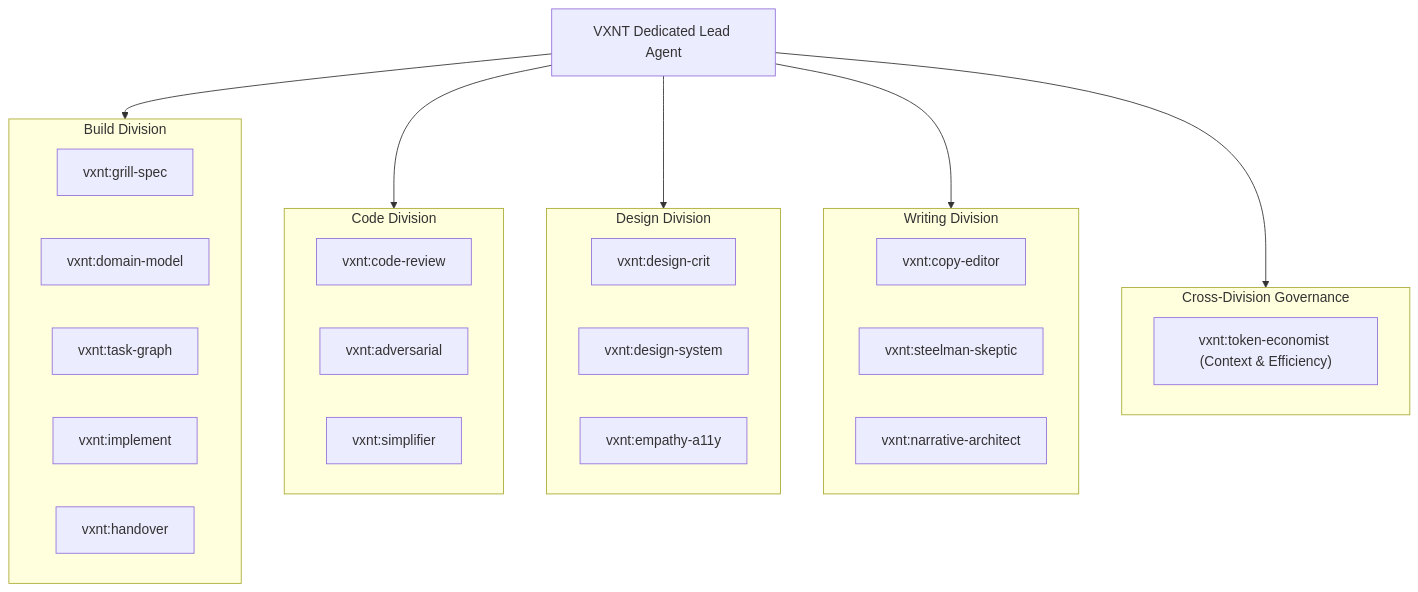
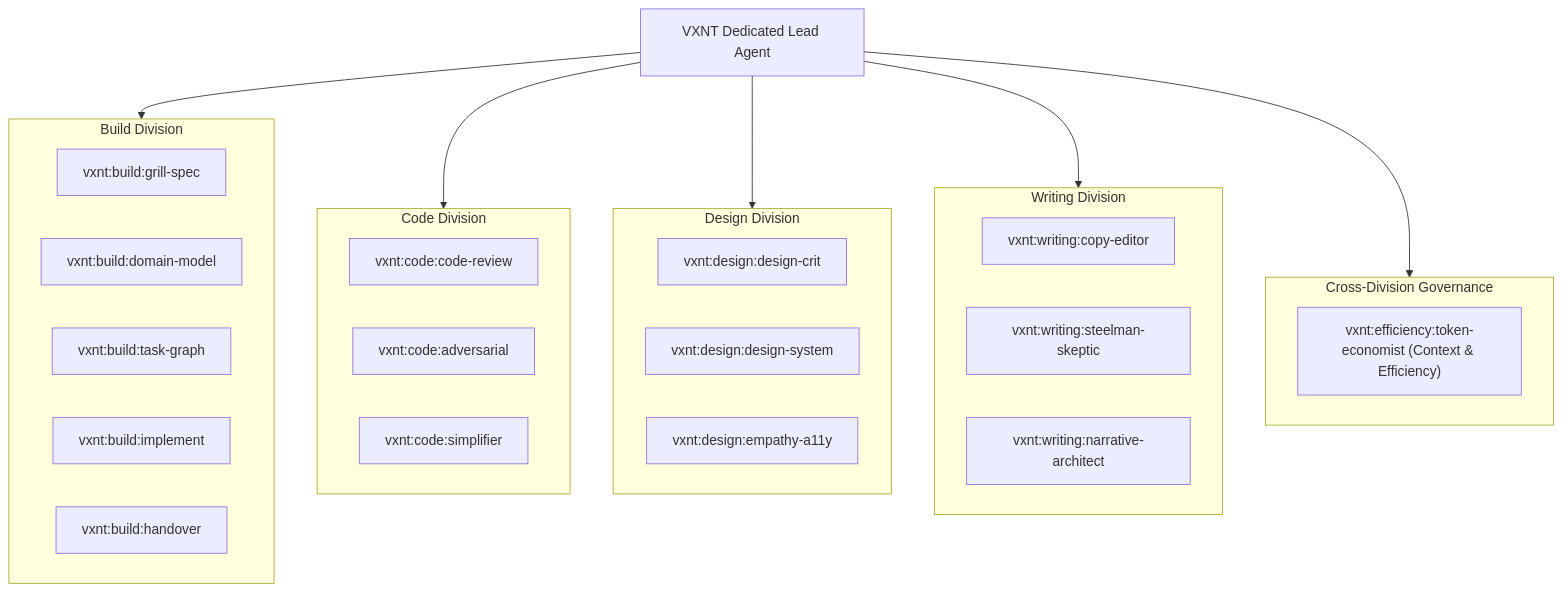
The diagram in .cursor/rules/vxnt.mdc (visualnaut/skills), drawn with Mermaid before and after one commit. The commit also changed other lines of this file and 86 other files, not shown here.

First line of the commit message:
feat(plugins): package as Gemini plugin, adopt three-tier vxnt:domain:* namespaces, and relative paths

````diff
--- a/.cursor/rules/vxnt.mdc
+++ b/.cursor/rules/vxnt.mdc
@@ -23,40 +23,40 @@
 ```mermaid
 flowchart TD
     VXNT["VXNT Dedicated Lead Agent"]
     
     subgraph BuildDivision ["Build Division"]
-        GS["vxnt:grill-spec"]
-        DM["vxnt:domain-model"]
-        TG["vxnt:task-graph"]
-        IMP["vxnt:implement"]
-        HO["vxnt:handover"]
+        GS["vxnt:build:grill-spec"]
+        DM["vxnt:build:domain-model"]
+        TG["vxnt:build:task-graph"]
+        IMP["vxnt:build:implement"]
+        HO["vxnt:build:handover"]
     end
 
     subgraph CodeDivision ["Code Division"]
-        CR["vxnt:code-review"]
-        ADV["vxnt:adversarial"]
-        SMP["vxnt:simplifier"]
+        CR["vxnt:code:code-review"]
+        ADV["vxnt:code:adversarial"]
+        SMP["vxnt:code:simplifier"]
     end
     
     subgraph DesignDivision ["Design Division"]
-        DC["vxnt:design-crit"]
-        DS["vxnt:design-system"]
-        EA["vxnt:empathy-a11y"]
+        DC["vxnt:design:design-crit"]
+        DS["vxnt:design:design-system"]
+        EA["vxnt:design:empathy-a11y"]
     end
     
     subgraph WritingDivision ["Writing Division"]
-        CE["vxnt:copy-editor"]
-        SS["vxnt:steelman-skeptic"]
-        NA["vxnt:narrative-architect"]
+        CE["vxnt:writing:copy-editor"]
+        SS["vxnt:writing:steelman-skeptic"]
+        NA["vxnt:writing:narrative-architect"]
     end
 
     subgraph Governance ["Cross-Division Governance"]
-        TE["vxnt:token-economist (Context & Efficiency)"]
+        TE["vxnt:efficiency:token-economist (Context & Efficiency)"]
     end
     
     VXNT --> BuildDivision
     VXNT --> CodeDivision
     VXNT --> DesignDivision
     VXNT --> WritingDivision
     VXNT --> Governance
 ```
````
